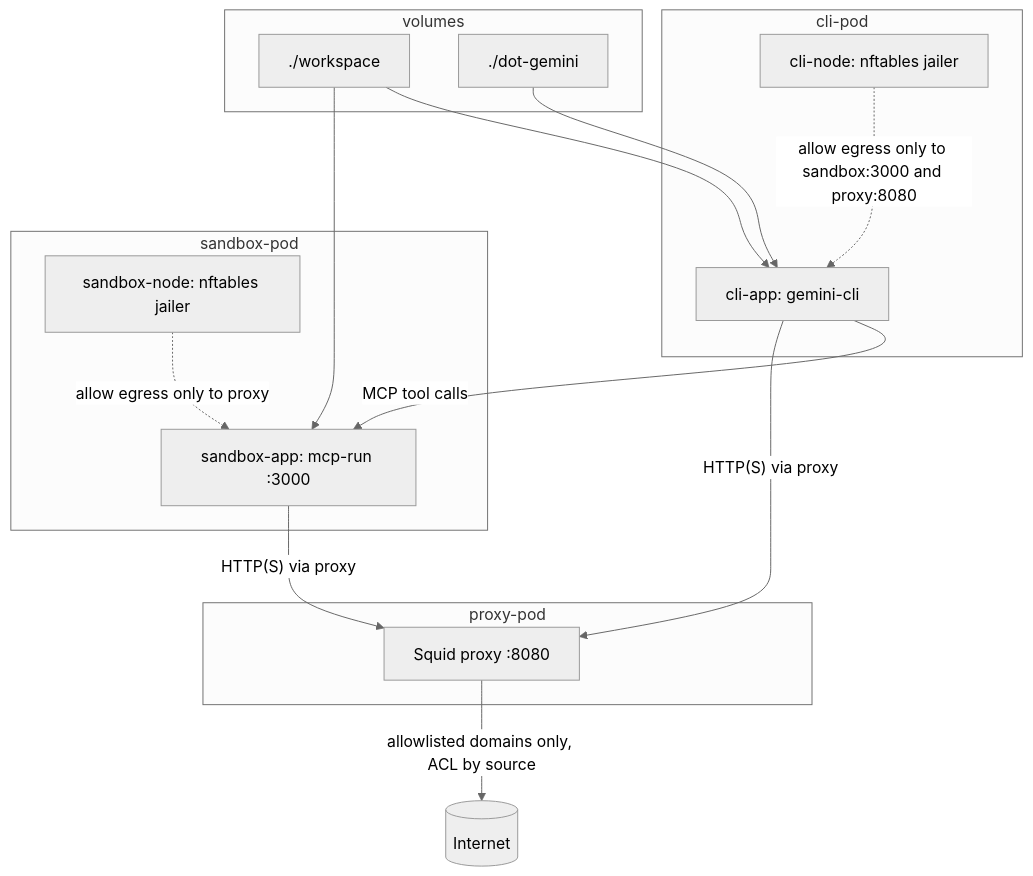
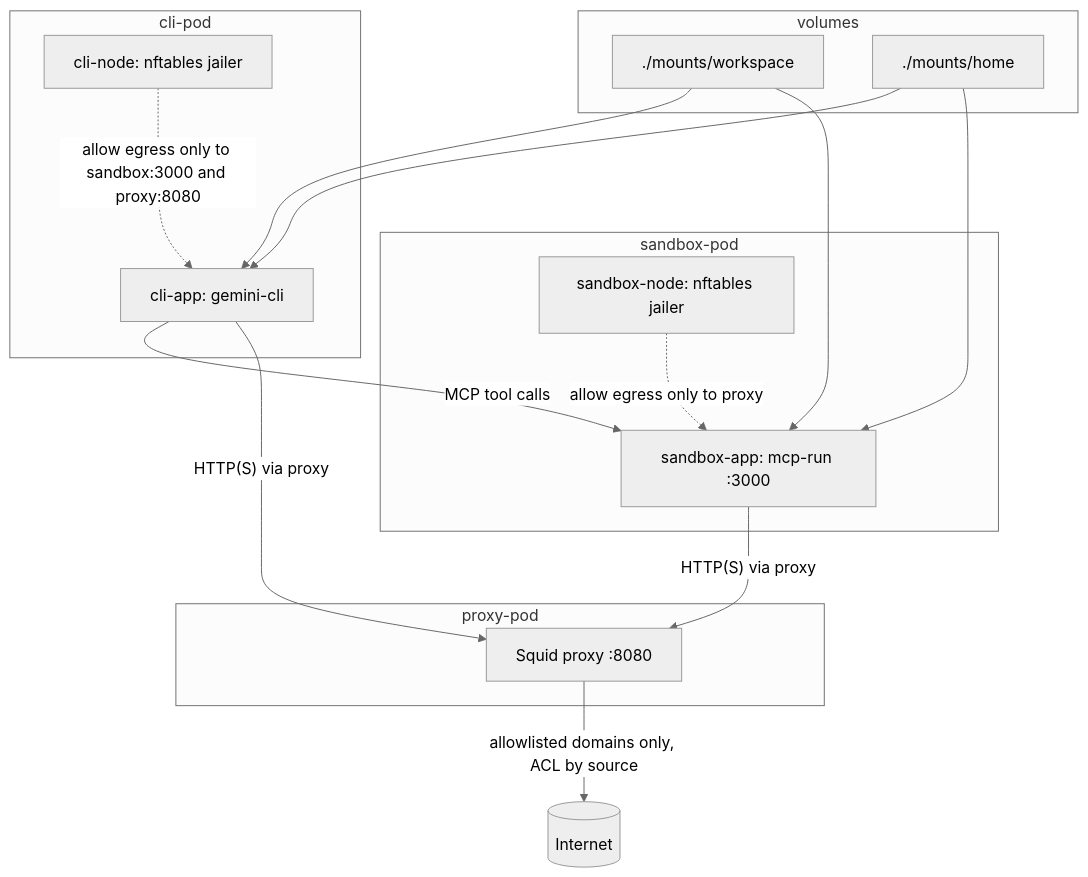
One commit to dstoc/cladding changed the diagram in README.md. Above: the diagram before and after it, drawn with Mermaid (neutral theme). The commit also changed other lines of this file and 4 other files, not shown here.

Commit message:
refactor: mount mounts/home & mounts/workspace in sandbox and gemini

````diff
--- a/README.md
+++ b/README.md
@@ -59,34 +59,35 @@
 ```mermaid
 flowchart TB
   subgraph C[cli-pod]
     CJ[cli-node: nftables jailer]
     CA[cli-app: gemini-cli]
   end
 
   subgraph H[volumes]
-    WS[./workspace]
-    GCFG[./dot-gemini]
+    WS[./mounts/workspace]
+    HOME[./mounts/home]
   end
 
 
   subgraph S[sandbox-pod]
     SJ[sandbox-node: nftables jailer]
     SA[sandbox-app: mcp-run :3000]
   end
 
   subgraph P[proxy-pod]
     PX[Squid proxy :8080]
   end
 
   WS --> CA
   WS --> SA
-  GCFG --> CA
+  HOME --> CA
+  HOME --> SA
 
   CA -- MCP tool calls --> SA
   CA -- HTTP(S) via proxy --> PX
   SA -- HTTP(S) via proxy --> PX
   PX -- allowlisted domains only, ACL by source --> NET[(Internet)]
 
   CJ -. allow egress only to sandbox:3000 and proxy:8080 .-> CA
   SJ -. allow egress only to proxy .-> SA
 ```
````
